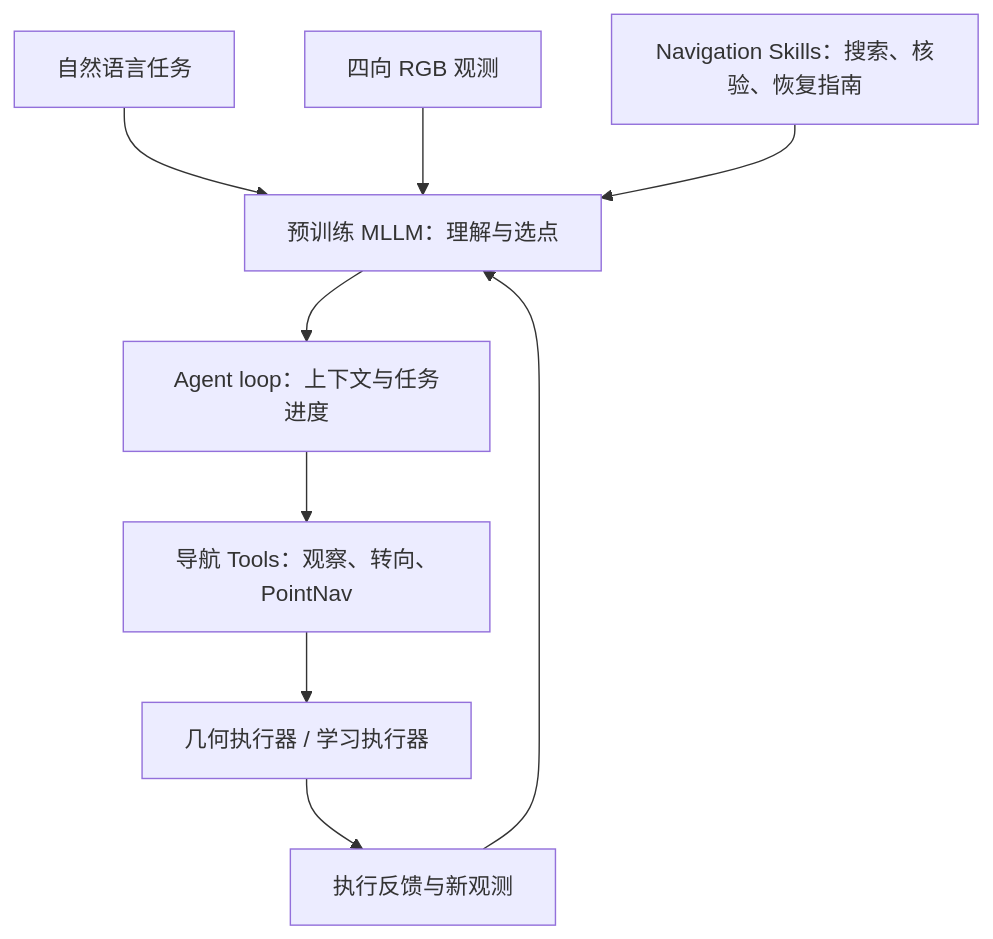
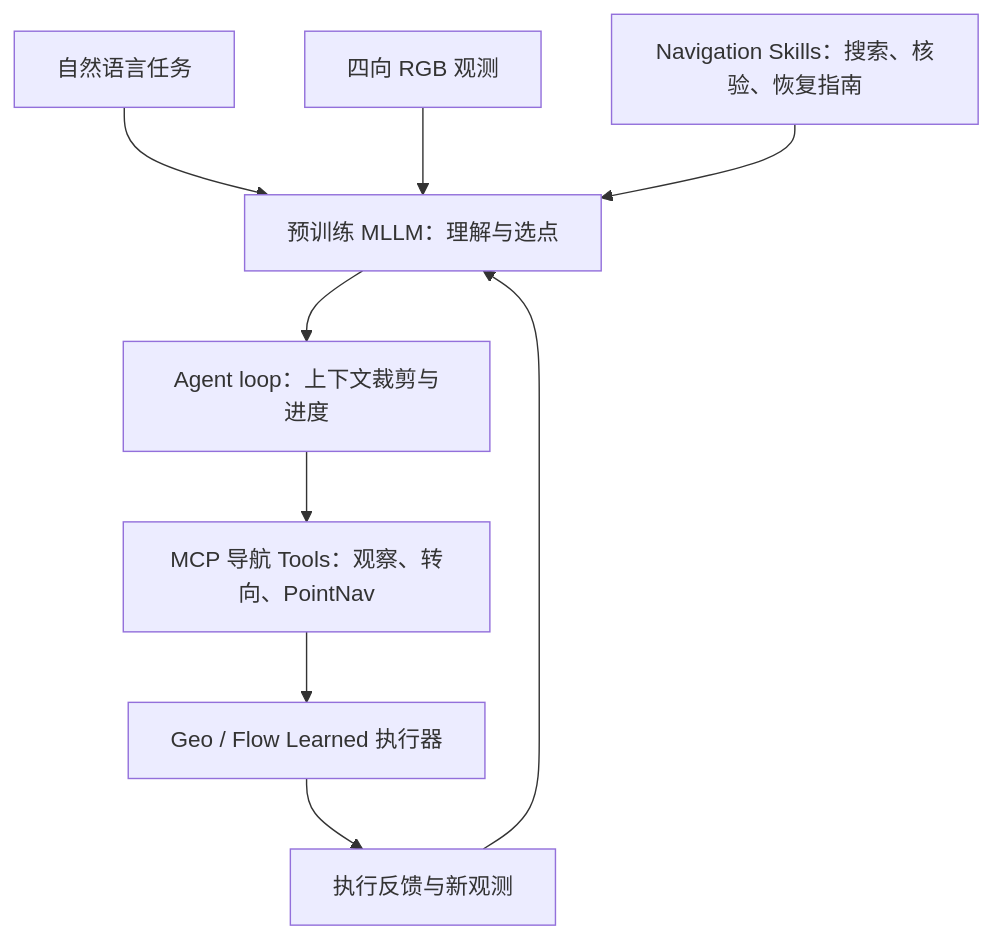
The second of 2 diagrams in wiki/entities/paper-supernav-agentic-navigation.md (ImChong/Robotics_Notebooks), drawn with Mermaid before and after one commit. The commit also changed other lines of this file and 69 other files, not shown here.

Commit message:
[2026-11-21] ingest | roadmap/depth-navigation.md — 导航纵深 33 节点原文通读与健康度满分推进（累计 69/70）

````diff
--- a/wiki/entities/paper-supernav-agentic-navigation.md
+++ b/wiki/entities/paper-supernav-agentic-navigation.md
@@ -122,11 +164,11 @@
 ```mermaid
 flowchart TD
   request["自然语言任务"] --> mllm["预训练 MLLM：理解与选点"]
   obs["四向 RGB 观测"] --> mllm
-  mllm --> harness["Agent loop：上下文与任务进度"]
-  harness --> tools["导航 Tools：观察、转向、PointNav"]
-  tools --> backend["几何执行器 / 学习执行器"]
+  mllm --> harness["Agent loop：上下文裁剪与进度"]
+  harness --> tools["MCP 导航 Tools：观察、转向、PointNav"]
+  tools --> backend["Geo / Flow Learned 执行器"]
   backend --> feedback["执行反馈与新观测"]
   feedback --> mllm
   skills["Navigation Skills：搜索、核验、恢复指南"] --> mllm
 ```
````
